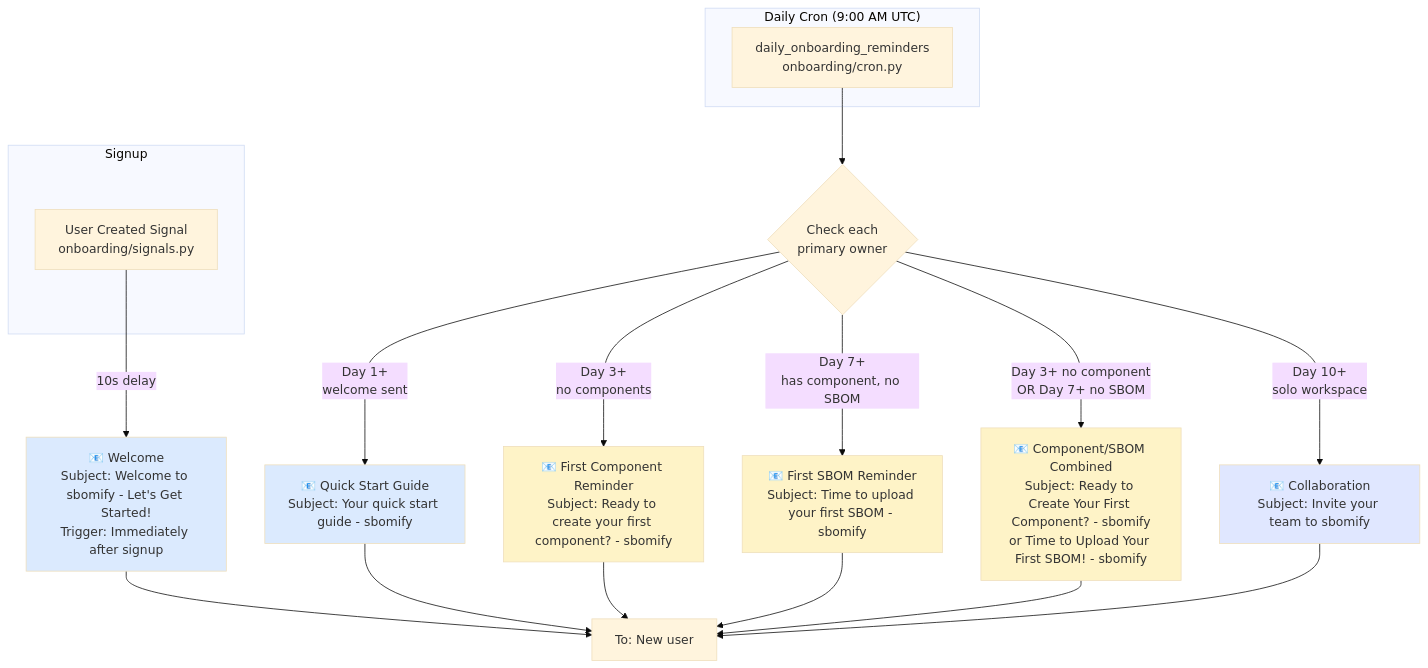
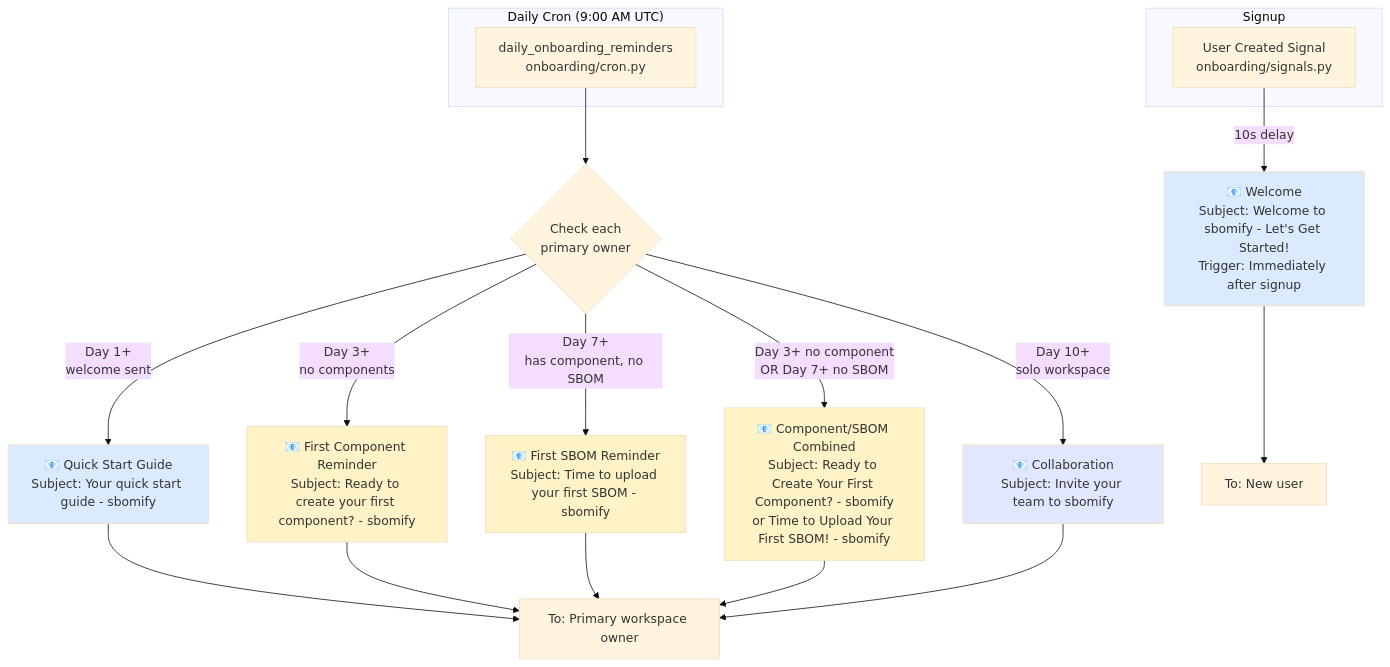
Before and after one commit to sbomify/sbomify: the second of 7 diagrams in docs/email-triggers.md, drawn with Mermaid (base theme). The commit also changed other lines of this file, not shown here.

Commit message:
fix: correct onboarding recipient labels and billing file path in doc
Drip sequence emails go to primary workspace owners, not all new users.
Use full path for billing_processing.py reference.

````diff
--- a/docs/email-triggers.md
+++ b/docs/email-triggers.md
@@ -85,38 +85,38 @@
 ```mermaid
 flowchart TD
     subgraph Signup
         S1[User Created Signal\nonboarding/signals.py]
     end
 
     subgraph "Daily Cron (9:00 AM UTC)"
         C1[daily_onboarding_reminders\nonboarding/cron.py]
     end
 
     S1 --> |"10s delay"| E1["📧 Welcome\nSubject: Welcome to sbomify - Let's Get Started!\nTrigger: Immediately after signup"]
 
     C1 --> CHECK{Check each\nprimary owner}
 
     CHECK --> |"Day 1+\nwelcome sent"| E2["📧 Quick Start Guide\nSubject: Your quick start guide - sbomify"]
 
     CHECK --> |"Day 3+\nno components"| E3["📧 First Component Reminder\nSubject: Ready to create your first component? - sbomify"]
 
     CHECK --> |"Day 7+\nhas component, no SBOM"| E4["📧 First SBOM Reminder\nSubject: Time to upload your first SBOM - sbomify"]
 
     CHECK --> |"Day 3+ no component\nOR Day 7+ no SBOM"| E5["📧 Component/SBOM Combined\nSubject: Ready to Create Your First Component? - sbomify\nor Time to Upload Your First SBOM! - sbomify"]
 
     CHECK --> |"Day 10+\nsolo workspace"| E6["📧 Collaboration\nSubject: Invite your team to sbomify"]
 
     E1 --> R1[To: New user]
-    E2 --> R1
-    E3 --> R1
-    E4 --> R1
-    E5 --> R1
-    E6 --> R1
+    E2 --> R2[To: Primary workspace owner]
+    E3 --> R2
+    E4 --> R2
+    E5 --> R2
+    E6 --> R2
 
     style E1 fill:#dbeafe
     style E2 fill:#dbeafe
     style E3 fill:#fef3c7
     style E4 fill:#fef3c7
     style E5 fill:#fef3c7
     style E6 fill:#e0e7ff
 ```
````
